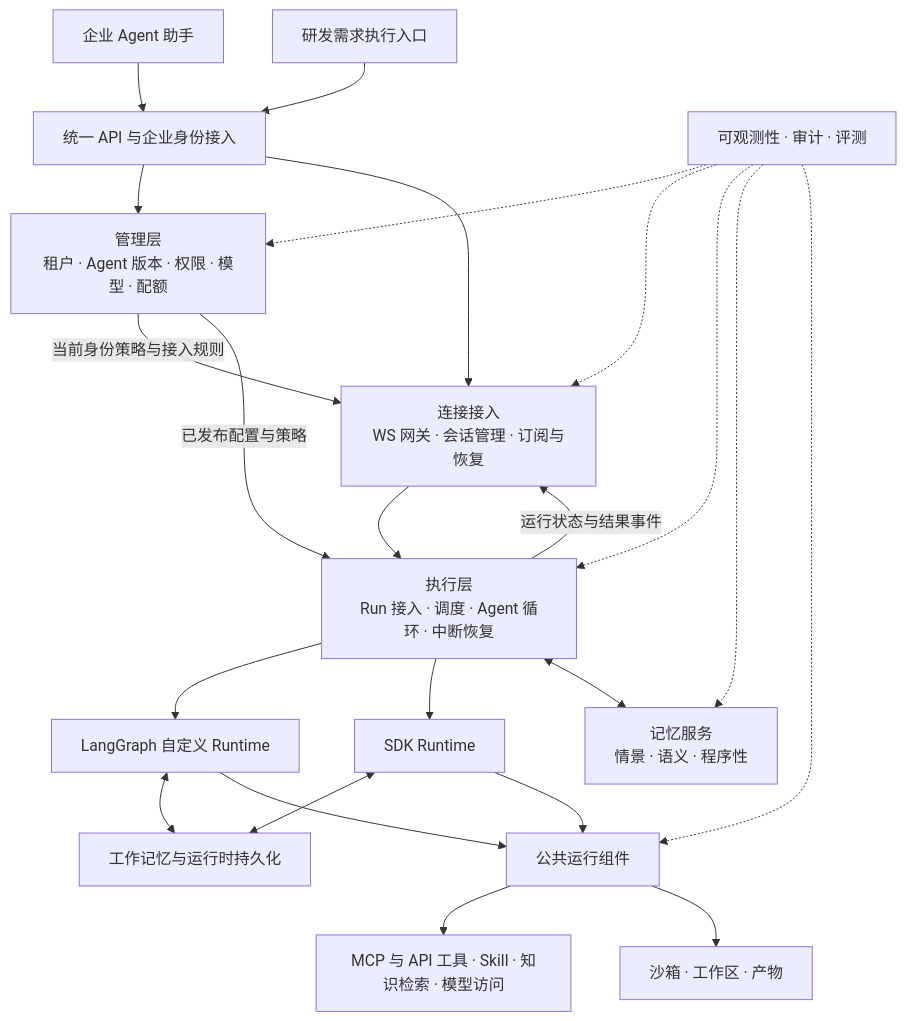
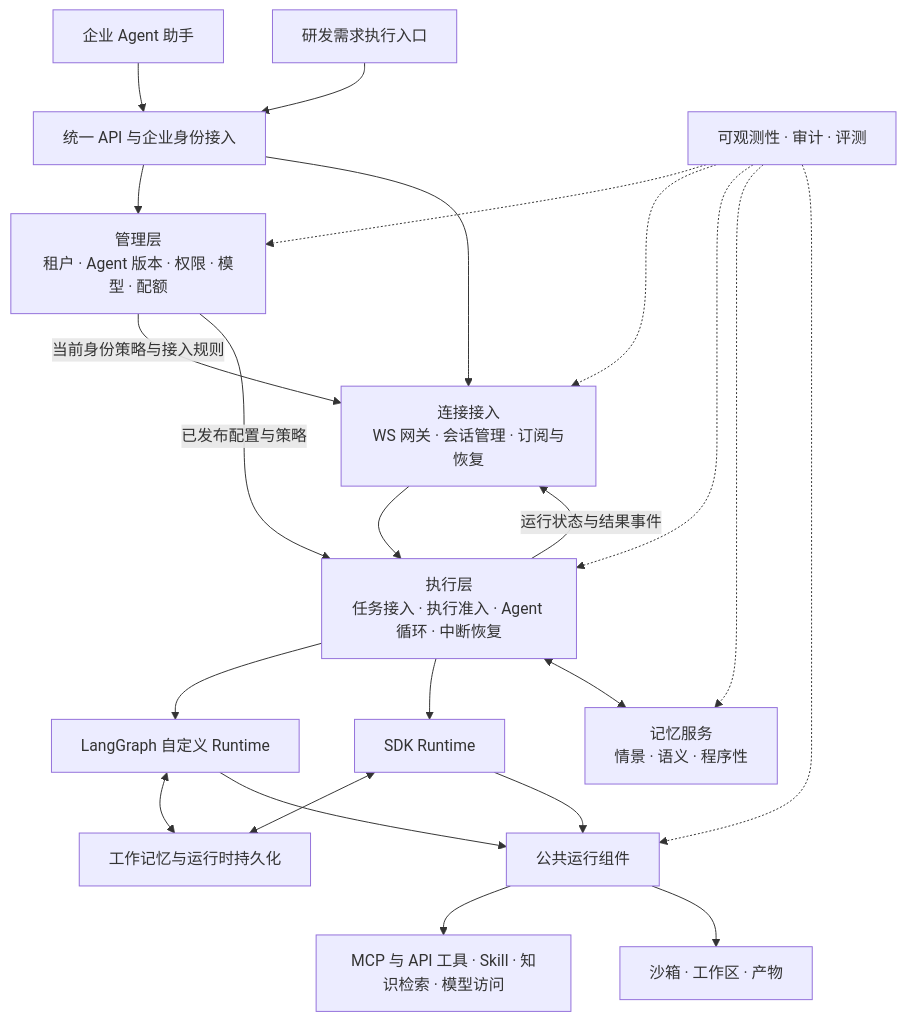
One commit to youngPvt/note-book changed the diagram in work/base/00-overview/README.md. Above: the diagram before and after it, drawn with Mermaid. The commit also changed other lines of this file and 48 other files, not shown here.

````diff
--- a/work/base/00-overview/README.md
+++ b/work/base/00-overview/README.md
@@ -38,25 +38,25 @@
 ```mermaid
 flowchart TB
     A[企业 Agent 助手] --> API[统一 API 与企业身份接入]
     B[研发需求执行入口] --> API
     API --> C[管理层<br/>租户 · Agent 版本 · 权限 · 模型 · 配额]
     API --> G[连接接入<br/>WS 网关 · 会话管理 · 订阅与恢复]
-    G --> E[执行层<br/>Run 接入 · 调度 · Agent 循环 · 中断恢复]
+    G --> E[执行层<br/>任务接入 · 执行准入 · Agent 循环 · 中断恢复]
     C -->|当前身份策略与接入规则| G
     C -->|已发布配置与策略| E
     E -->|运行状态与结果事件| G
     E --> L[LangGraph 自定义 Runtime]
     E --> S[SDK Runtime]
     E <--> M[记忆服务<br/>情景 · 语义 · 程序性]
     L <--> W[工作记忆与运行时持久化]
     S <--> W
     L --> P[公共运行组件]
     S --> P
     P --> T[MCP 与 API 工具 · Skill · 知识检索 · 模型访问]
     P --> F[沙箱 · 工作区 · 产物]
     O[可观测性 · 审计 · 评测] -.-> C
     O -.-> G
     O -.-> E
     O -.-> M
     O -.-> P
 ```
````
